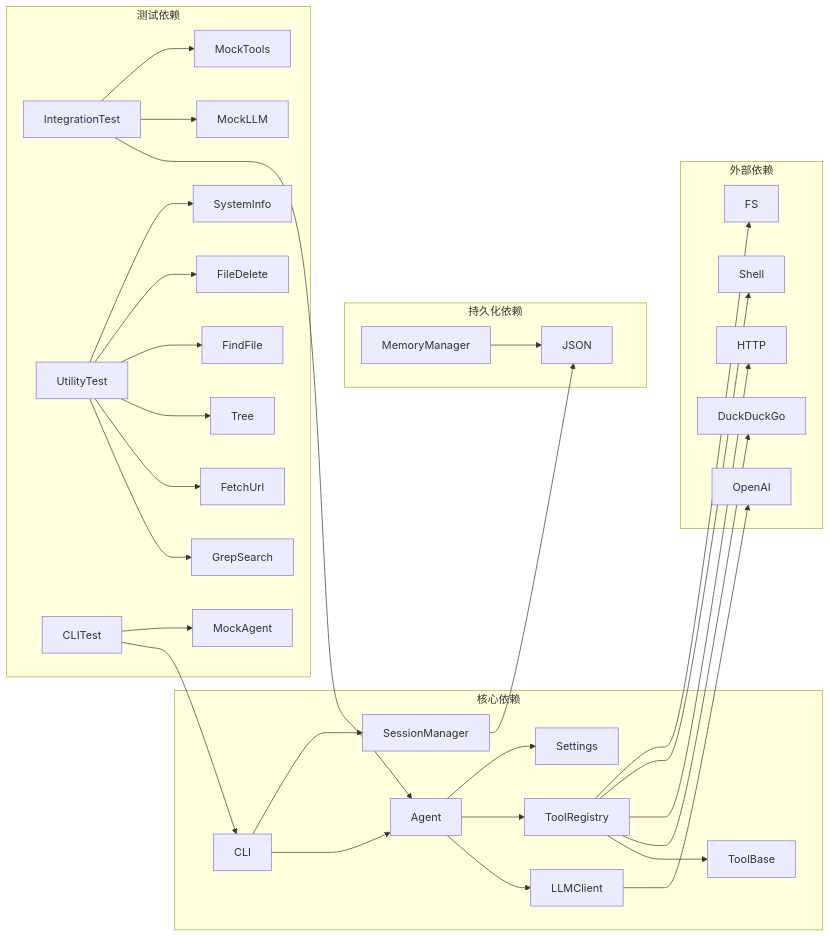
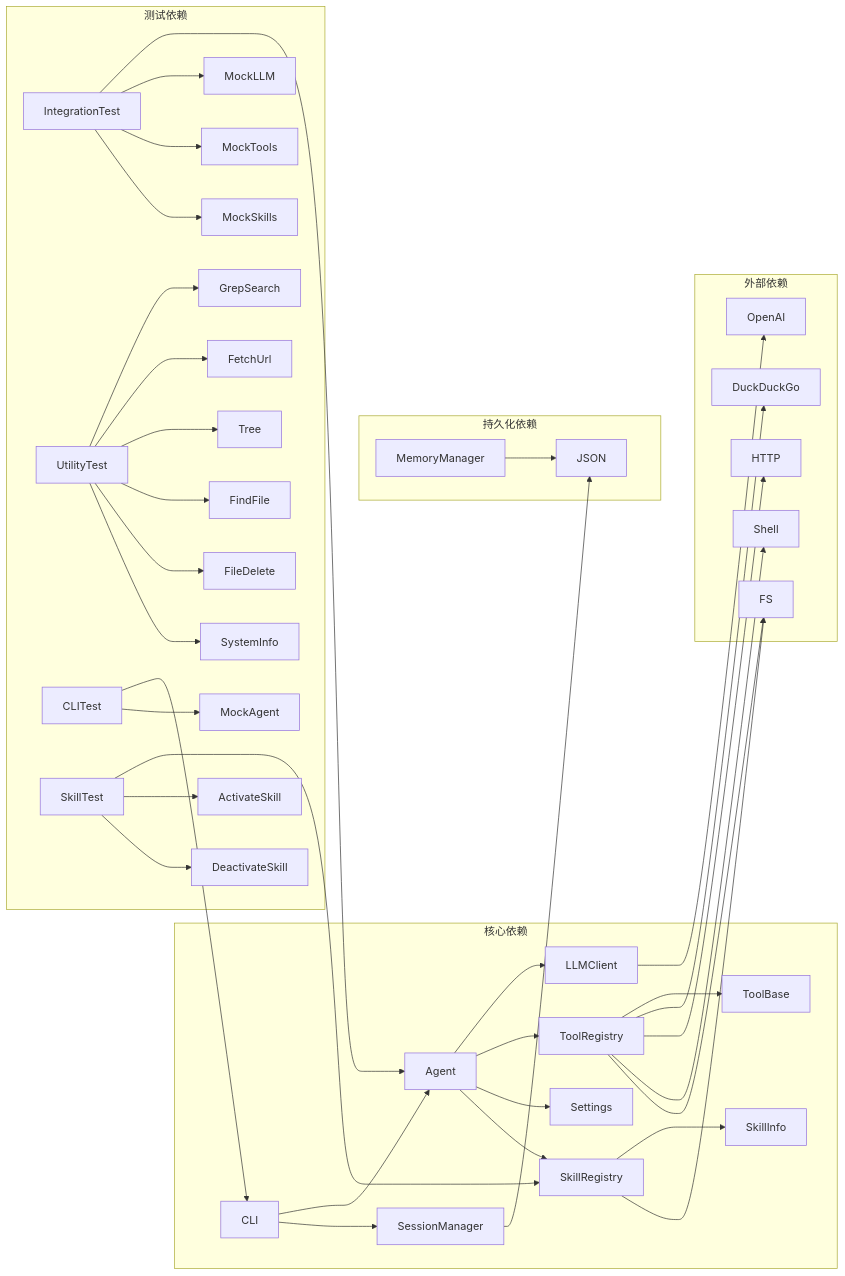
The seventh of 7 diagrams in .qoder/repowiki/zh/content/扩展开发/集成测试.md (250shiwo/MySmallAgent), drawn with Mermaid before and after one commit. The commit also changed other lines of this file and 31 other files, not shown here.

````diff
--- a/.qoder/repowiki/zh/content/扩展开发/集成测试.md
+++ b/.qoder/repowiki/zh/content/扩展开发/集成测试.md
@@ -432,35 +559,42 @@
 ```mermaid
 graph LR
 subgraph "核心依赖"
 Agent --> LLMClient
 Agent --> ToolRegistry
 Agent --> Settings
+Agent --> SkillRegistry
 ToolRegistry --> ToolBase
+SkillRegistry --> SkillInfo
 CLI --> Agent
 CLI --> SessionManager
 end
 subgraph "持久化依赖"
 MemoryManager --> JSON
 SessionManager --> JSON
 end
 subgraph "外部依赖"
 LLMClient --> OpenAI
 ToolRegistry --> DuckDuckGo
 ToolRegistry --> HTTP
 ToolRegistry --> Shell
 ToolRegistry --> FS
+SkillRegistry --> FS
 end
 subgraph "测试依赖"
 IntegrationTest --> Agent
 IntegrationTest --> MockLLM
 IntegrationTest --> MockTools
+IntegrationTest --> MockSkills
 UtilityTest --> GrepSearch
 UtilityTest --> FetchUrl
 UtilityTest --> Tree
 UtilityTest --> FindFile
 UtilityTest --> FileDelete
 UtilityTest --> SystemInfo
 CLITest --> CLI
 CLITest --> MockAgent
+SkillTest --> SkillRegistry
+SkillTest --> ActivateSkill
+SkillTest --> DeactivateSkill
 end
 ```
````
